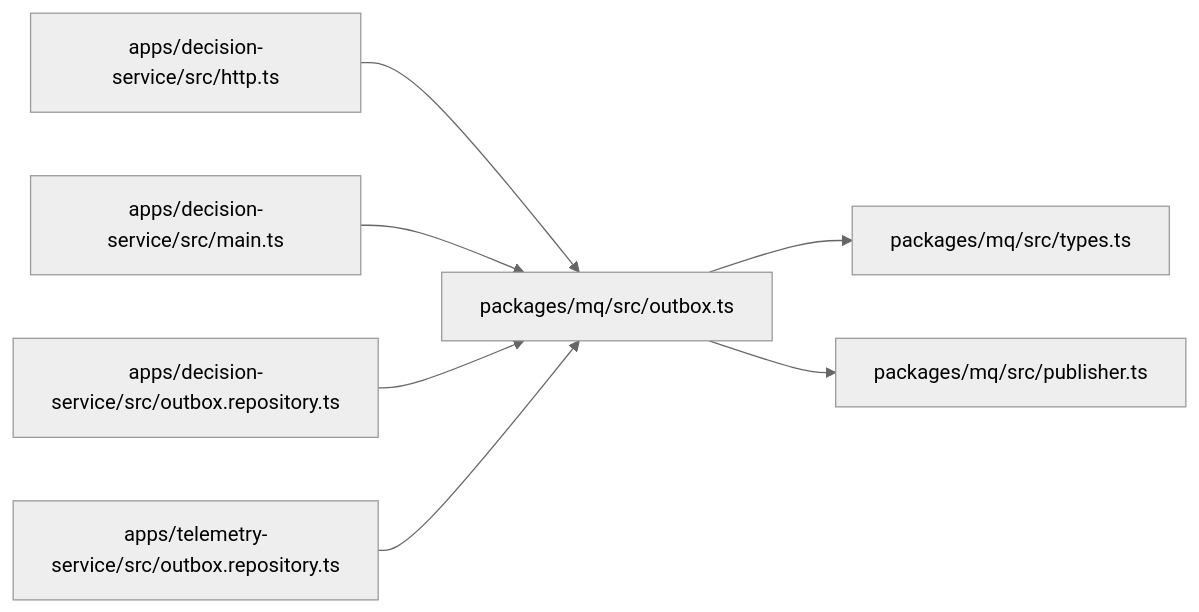
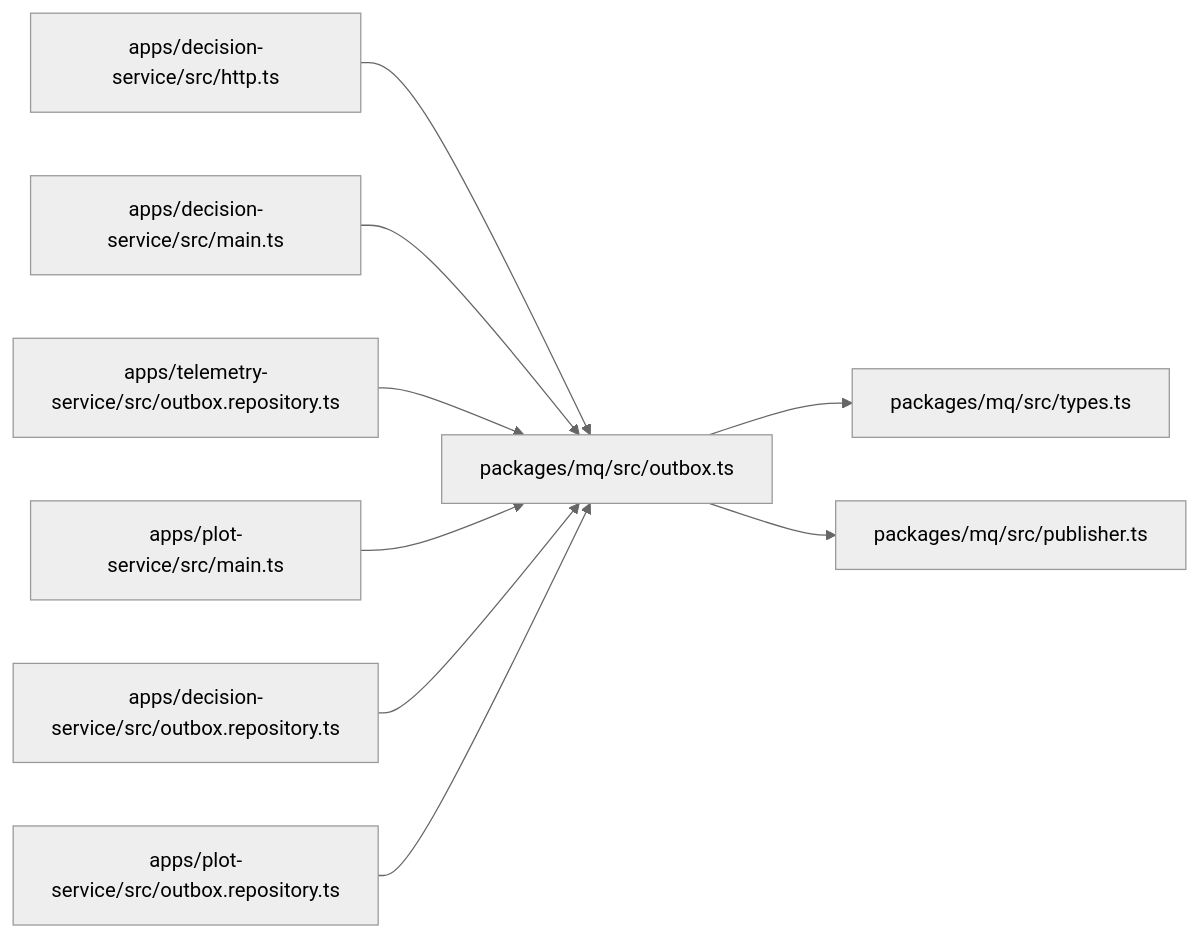
One commit to q446328246/agri-platform changed the fifth of 5 diagrams in .qoder/repowiki/zh/content/架构设计/事件驱动架构/本地消息表模式.md. Above: the diagram before and after it, drawn with Mermaid (neutral theme). The commit also changed other lines of this file and 52 other files, not shown here.

````diff
--- a/.qoder/repowiki/zh/content/架构设计/事件驱动架构/本地消息表模式.md
+++ b/.qoder/repowiki/zh/content/架构设计/事件驱动架构/本地消息表模式.md
@@ -309,9 +374,11 @@
 ```mermaid
 graph LR
 DEC_HTTP["apps/decision-service/src/http.ts"] --> OUTBOX["packages/mq/src/outbox.ts"]
 DEC_MAIN["apps/decision-service/src/main.ts"] --> OUTBOX
+TEL_REPO["apps/telemetry-service/src/outbox.repository.ts"] --> OUTBOX
+PLOT_MAIN["apps/plot-service/src/main.ts"] --> OUTBOX
 DEC_REPO["apps/decision-service/src/outbox.repository.ts"] --> OUTBOX
-TEL_REPO["apps/telemetry-service/src/outbox.repository.ts"] --> OUTBOX
+PLOT_REPO["apps/plot-service/src/outbox.repository.ts"] --> OUTBOX
 OUTBOX --> TYPES["packages/mq/src/types.ts"]
 OUTBOX --> PUB["packages/mq/src/publisher.ts"]
 ```
````
